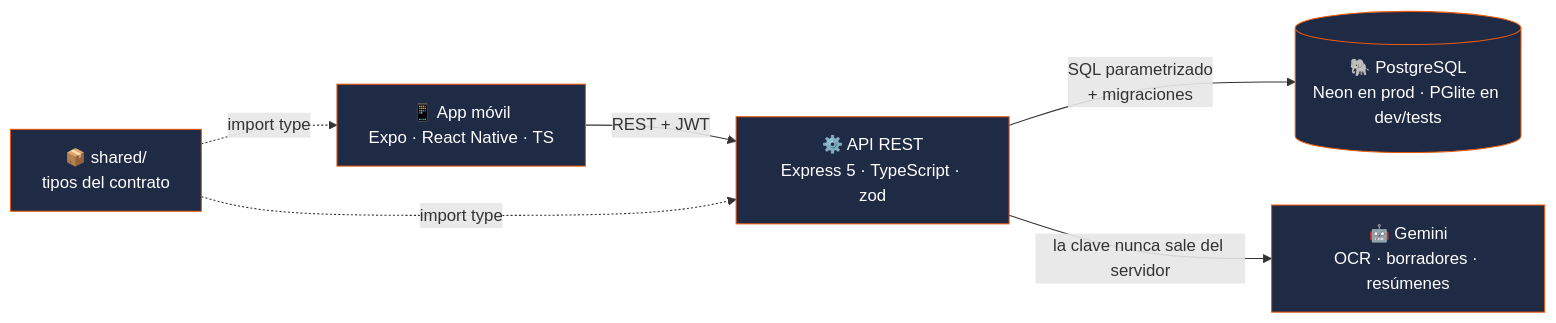
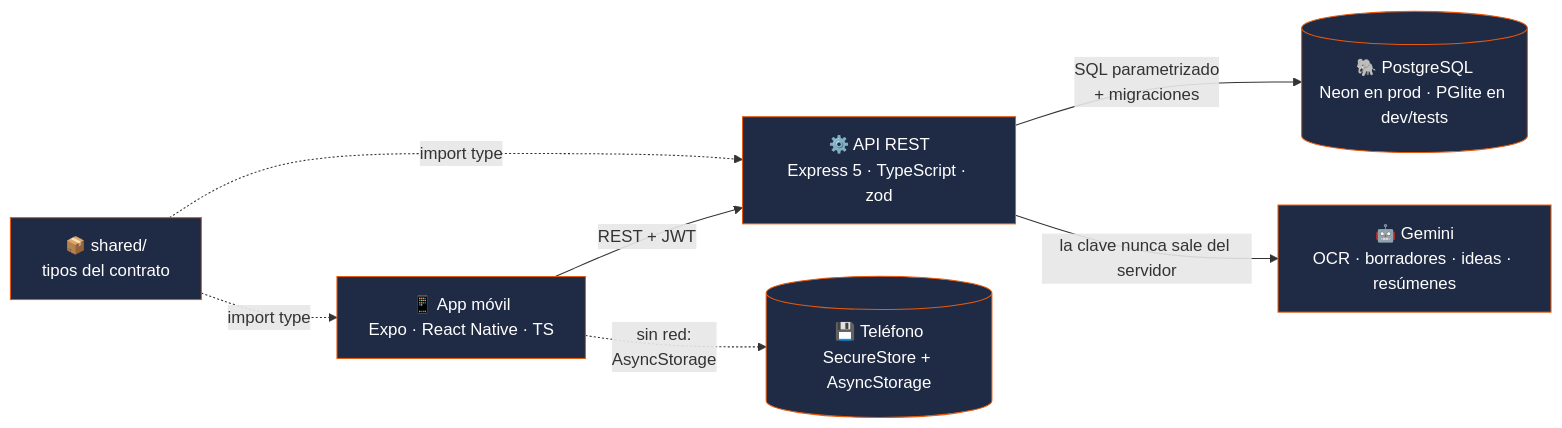
The third of 6 diagrams in README.md (Alessandro-BS/Alessandro-BS), drawn with Mermaid before and after one commit. The commit also changed other lines of this file, not shown here.

````diff
--- a/README.md
+++ b/README.md
@@ -152,10 +163,11 @@
 ```mermaid
 flowchart LR
     A["📱 App móvil<br/>Expo · React Native · TS"] -- "REST + JWT" --> B["⚙️ API REST<br/>Express 5 · TypeScript · zod"]
+    A -. "sin red:<br/>AsyncStorage" .-> L[("💾 Teléfono<br/>SecureStore + AsyncStorage")]
     B -- "SQL parametrizado<br/>+ migraciones" --> C[("🐘 PostgreSQL<br/>Neon en prod · PGlite en dev/tests")]
-    B -- "la clave nunca sale del servidor" --> D["🤖 Gemini<br/>OCR · borradores · resúmenes"]
+    B -- "la clave nunca sale del servidor" --> D["🤖 Gemini<br/>OCR · borradores · ideas · resúmenes"]
     S["📦 shared/<br/>tipos del contrato"] -. "import type" .-> A
     S -. "import type" .-> B
     classDef k fill:#1f2a44,color:#fff,stroke:#e8590c
-    class A,B,C,D,S k
+    class A,B,C,D,S,L k
 ```
````
